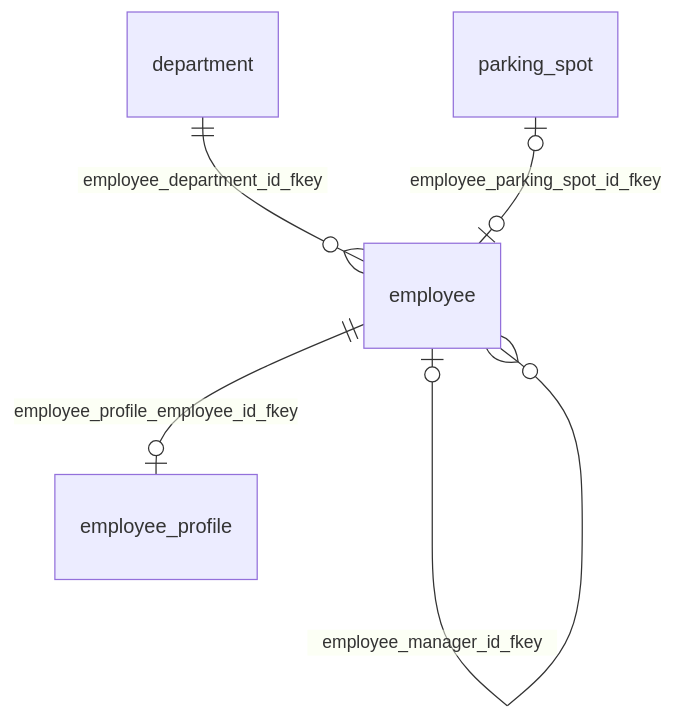
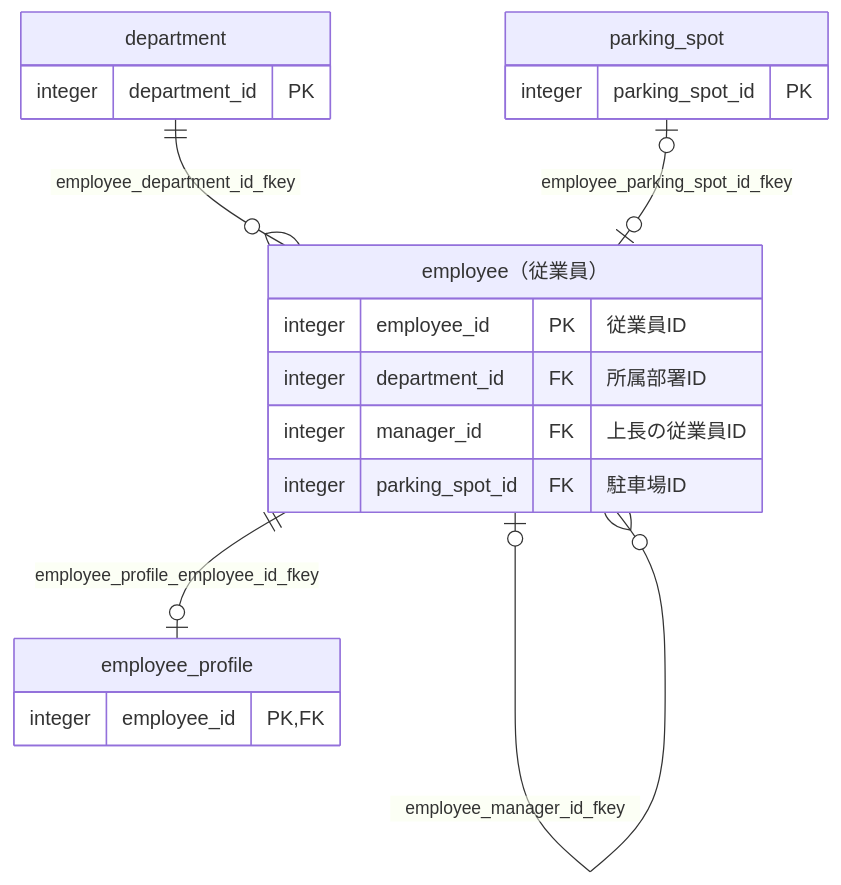
Before and after one commit to ebichan88/exportTableDefinition: the diagram in docs/sample/postgres/output/testdb/viewpoint_testdb_personnel.md, drawn with Mermaid. The commit also changed other lines of this file and 66 other files, not shown here.

First line of the commit message:
Show logical table names and relation columns in ER diagram boxes

````diff
--- a/docs/sample/postgres/output/testdb/viewpoint_testdb_personnel.md
+++ b/docs/sample/postgres/output/testdb/viewpoint_testdb_personnel.md
@@ -16,11 +16,26 @@
 ```mermaid
 erDiagram
     sample_department["department"]
-    sample_employee["employee"]
+    sample_employee["employee（従業員）"]
     sample_employee_profile["employee_profile"]
     sample_parking_spot["parking_spot"]
     sample_department ||--o{ sample_employee : "employee_department_id_fkey"
     sample_employee |o--o{ sample_employee : "employee_manager_id_fkey"
     sample_parking_spot |o--o| sample_employee : "employee_parking_spot_id_fkey"
     sample_employee ||--o| sample_employee_profile : "employee_profile_employee_id_fkey"
+    sample_department {
+        integer department_id PK
+    }
+    sample_employee {
+        integer employee_id PK "従業員ID"
+        integer department_id FK "所属部署ID"
+        integer manager_id FK "上長の従業員ID"
+        integer parking_spot_id FK "駐車場ID"
+    }
+    sample_employee_profile {
+        integer employee_id PK, FK
+    }
+    sample_parking_spot {
+        integer parking_spot_id PK
+    }
 ```
````
